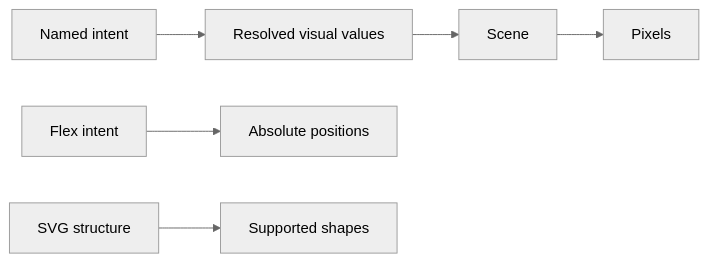
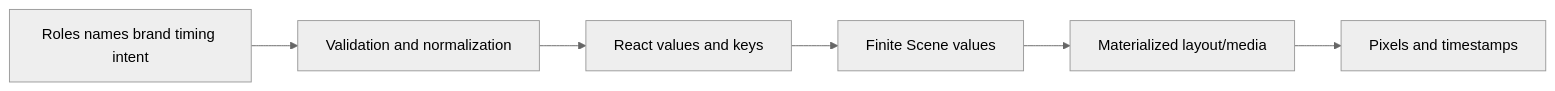
The diagram in docs/research/onda/r0.02/LOWERING_AND_INFORMATION_LOSS.md (Kkb113/CineKernel), drawn with Mermaid (neutral theme) before and after one commit. The commit also changed other lines of this file and 66 other files, not shown here.

````diff
--- a/docs/research/onda/r0.02/LOWERING_AND_INFORMATION_LOSS.md
+++ b/docs/research/onda/r0.02/LOWERING_AND_INFORMATION_LOSS.md
@@ -5,8 +15,8 @@
 ```mermaid
 flowchart LR
-  Intent[Named intent] --> Values[Resolved visual values]
-  Values --> Scene
-  Layout[Flex intent] --> Positions[Absolute positions]
-  SVGDoc[SVG structure] --> Shapes[Supported shapes]
-  Scene --> Pixels
+  Intent[Roles names brand timing intent] --> Resolve[Validation and normalization]
+  Resolve --> React[React values and keys]
+  React --> Scene[Finite Scene values]
+  Scene --> Prepass[Materialized layout/media]
+  Prepass --> Pixels[Pixels and timestamps]
 ```
````
